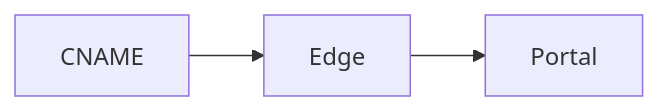
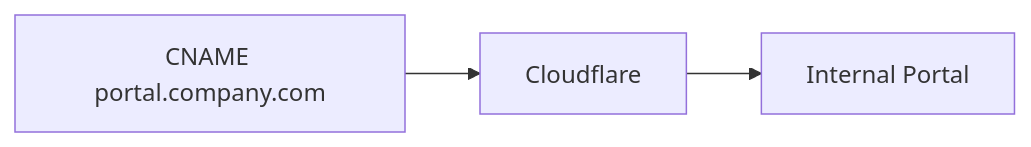
One commit to qefro-ai/qefro-documentation changed the diagram in docs/platform/custom-domains.mdx. Above: the diagram before and after it, drawn with Mermaid. The commit also changed other lines of this file and 46 other files, not shown here.

````diff
--- a/docs/platform/custom-domains.mdx
+++ b/docs/platform/custom-domains.mdx
@@ -37,5 +37,5 @@
 ```mermaid
 flowchart LR
-  DNS[CNAME] --> Edge
-  Edge --> Portal
+  DNS[CNAME portal.company.com] --> CF[Cloudflare]
+  CF --> Portal[Internal Portal]
 ```
````
